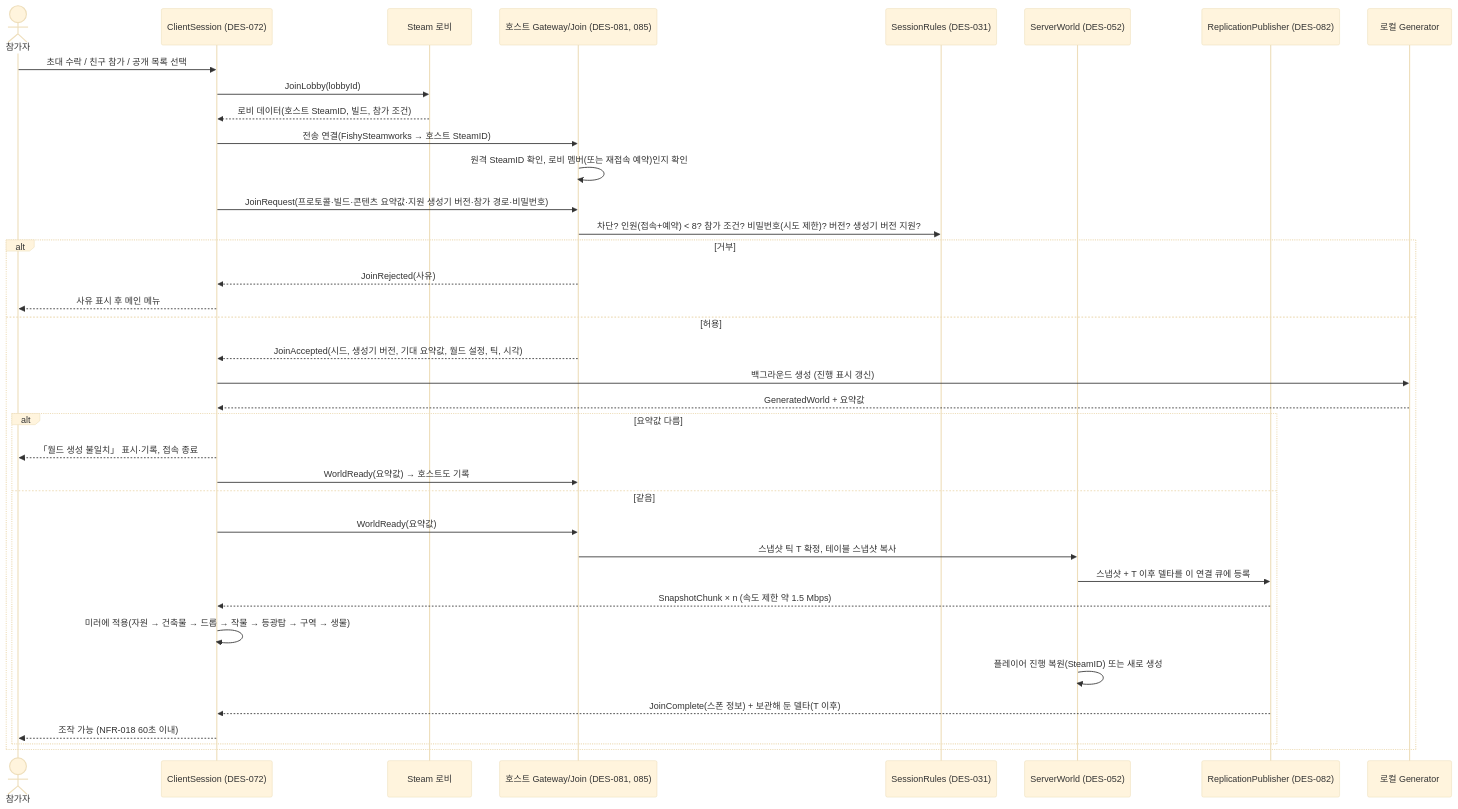
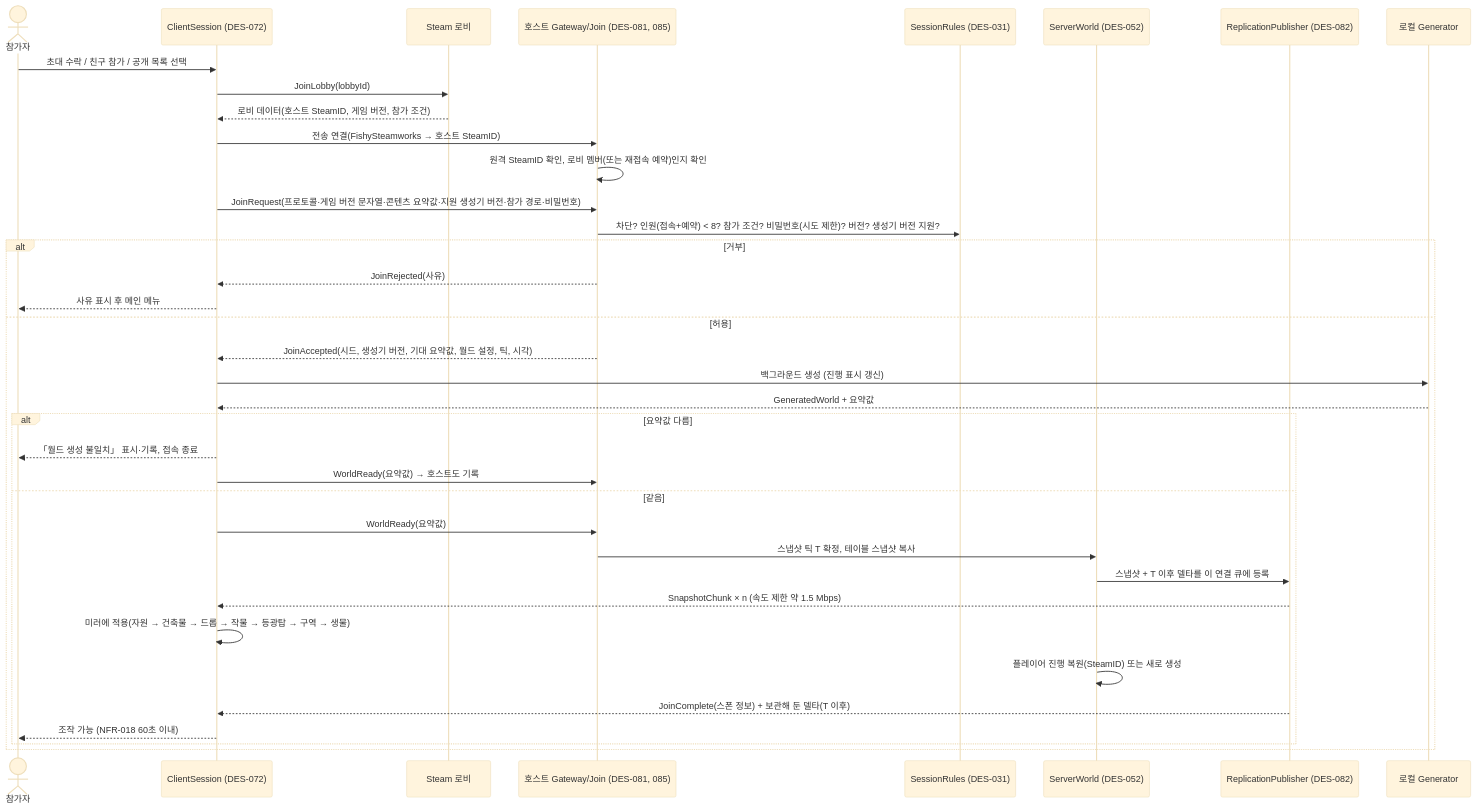
Before and after one commit to Hyeonsu-Jin/Lampkeeper: diagram 13 of 28 in docs/SDD.md, drawn with Mermaid (base theme). The commit also changed other lines of this file and 3 other files, not shown here.

````diff
--- a/docs/SDD.md
+++ b/docs/SDD.md
@@ -1095,39 +1286,39 @@
 ```mermaid
 sequenceDiagram
     actor P as 참가자
     participant CS as ClientSession (DES-072)
     participant LB as Steam 로비
     participant GW as 호스트 Gateway/Join (DES-081, 085)
     participant SR as SessionRules (DES-031)
     participant SW as ServerWorld (DES-052)
     participant RP as ReplicationPublisher (DES-082)
     participant GEN as 로컬 Generator
     P->>CS: 초대 수락 / 친구 참가 / 공개 목록 선택
     CS->>LB: JoinLobby(lobbyId)
-    LB-->>CS: 로비 데이터(호스트 SteamID, 빌드, 참가 조건)
+    LB-->>CS: 로비 데이터(호스트 SteamID, 게임 버전, 참가 조건)
     CS->>GW: 전송 연결(FishySteamworks → 호스트 SteamID)
     GW->>GW: 원격 SteamID 확인, 로비 멤버(또는 재접속 예약)인지 확인
-    CS->>GW: JoinRequest(프로토콜·빌드·콘텐츠 요약값·지원 생성기 버전·참가 경로·비밀번호)
+    CS->>GW: JoinRequest(프로토콜·게임 버전 문자열·콘텐츠 요약값·지원 생성기 버전·참가 경로·비밀번호)
     GW->>SR: 차단? 인원(접속+예약) < 8? 참가 조건? 비밀번호(시도 제한)? 버전? 생성기 버전 지원?
     alt 거부
         GW-->>CS: JoinRejected(사유)
         CS-->>P: 사유 표시 후 메인 메뉴
     else 허용
         GW-->>CS: JoinAccepted(시드, 생성기 버전, 기대 요약값, 월드 설정, 틱, 시각)
         CS->>GEN: 백그라운드 생성 (진행 표시 갱신)
         GEN-->>CS: GeneratedWorld + 요약값
         alt 요약값 다름
             CS-->>P: 「월드 생성 불일치」 표시·기록, 접속 종료
             CS->>GW: WorldReady(요약값) → 호스트도 기록
         else 같음
             CS->>GW: WorldReady(요약값)
             GW->>SW: 스냅샷 틱 T 확정, 테이블 스냅샷 복사
             SW->>RP: 스냅샷 + T 이후 델타를 이 연결 큐에 등록
             RP-->>CS: SnapshotChunk × n (속도 제한 약 1.5 Mbps)
             CS->>CS: 미러에 적용(자원 → 건축물 → 드롭 → 작물 → 등광탑 → 구역 → 생물)
             SW->>SW: 플레이어 진행 복원(SteamID) 또는 새로 생성
             RP-->>CS: JoinComplete(스폰 정보) + 보관해 둔 델타(T 이후)
             CS-->>P: 조작 가능 (NFR-018 60초 이내)
         end
     end
 ```
````
